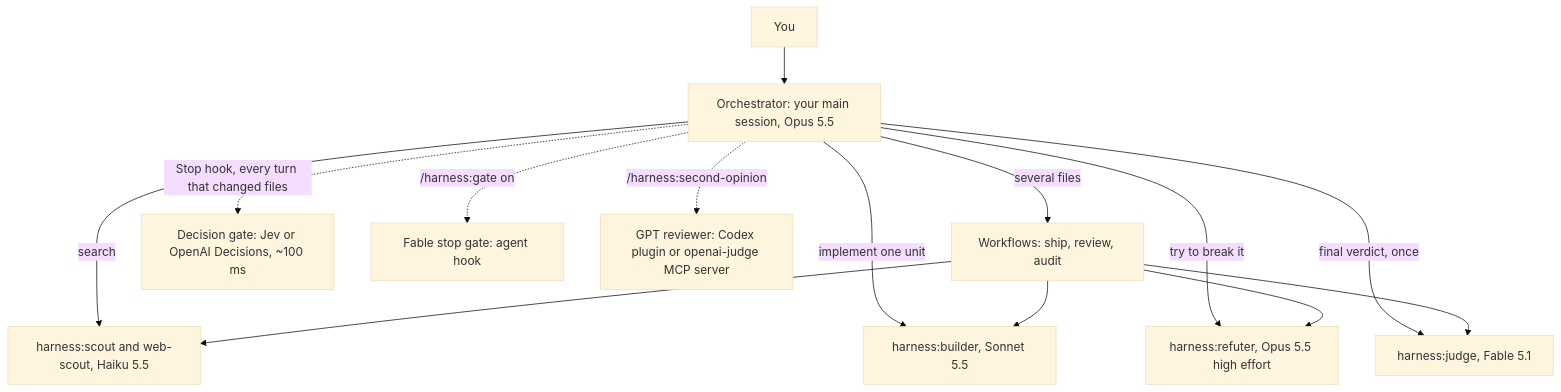
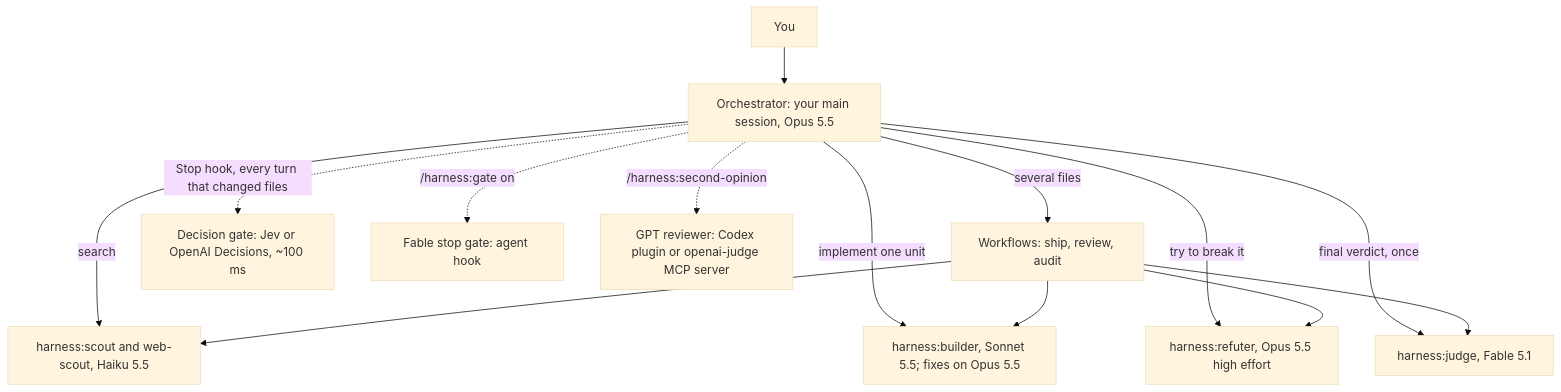
Before and after one commit to autosolutionsai-didac/autosolutions-marketplace: the diagram in plugins/harness/docs/ARCHITECTURE.md, drawn with Mermaid (base theme). The commit also changed other lines of this file and 7 other files, not shown here.

First line of the commit message:
harness: run ship's fix round on Opus, accept JSON options, correct docs

````diff
--- a/plugins/harness/docs/ARCHITECTURE.md
+++ b/plugins/harness/docs/ARCHITECTURE.md
@@ -7,16 +7,16 @@
 ```mermaid
 flowchart TB
   U[You] --> O[Orchestrator: your main session, Opus 5.5]
   O -->|search| S[harness:scout and web-scout, Haiku 5.5]
-  O -->|implement one unit| B[harness:builder, Sonnet 5.5]
+  O -->|implement one unit| B[harness:builder, Sonnet 5.5; fixes on Opus 5.5]
   O -->|try to break it| R[harness:refuter, Opus 5.5 high effort]
   O -->|final verdict, once| J[harness:judge, Fable 5.1]
   O -->|several files| W[Workflows: ship, review, audit]
   W --> S
   W --> B
   W --> R
   W --> J
   O -.->|Stop hook, every turn that changed files| D[Decision gate: Jev or OpenAI Decisions, ~100 ms]
   O -.->|/harness:gate on| F[Fable stop gate: agent hook]
   O -.->|/harness:second-opinion| G[GPT reviewer: Codex plugin or openai-judge MCP server]
 ```
````
